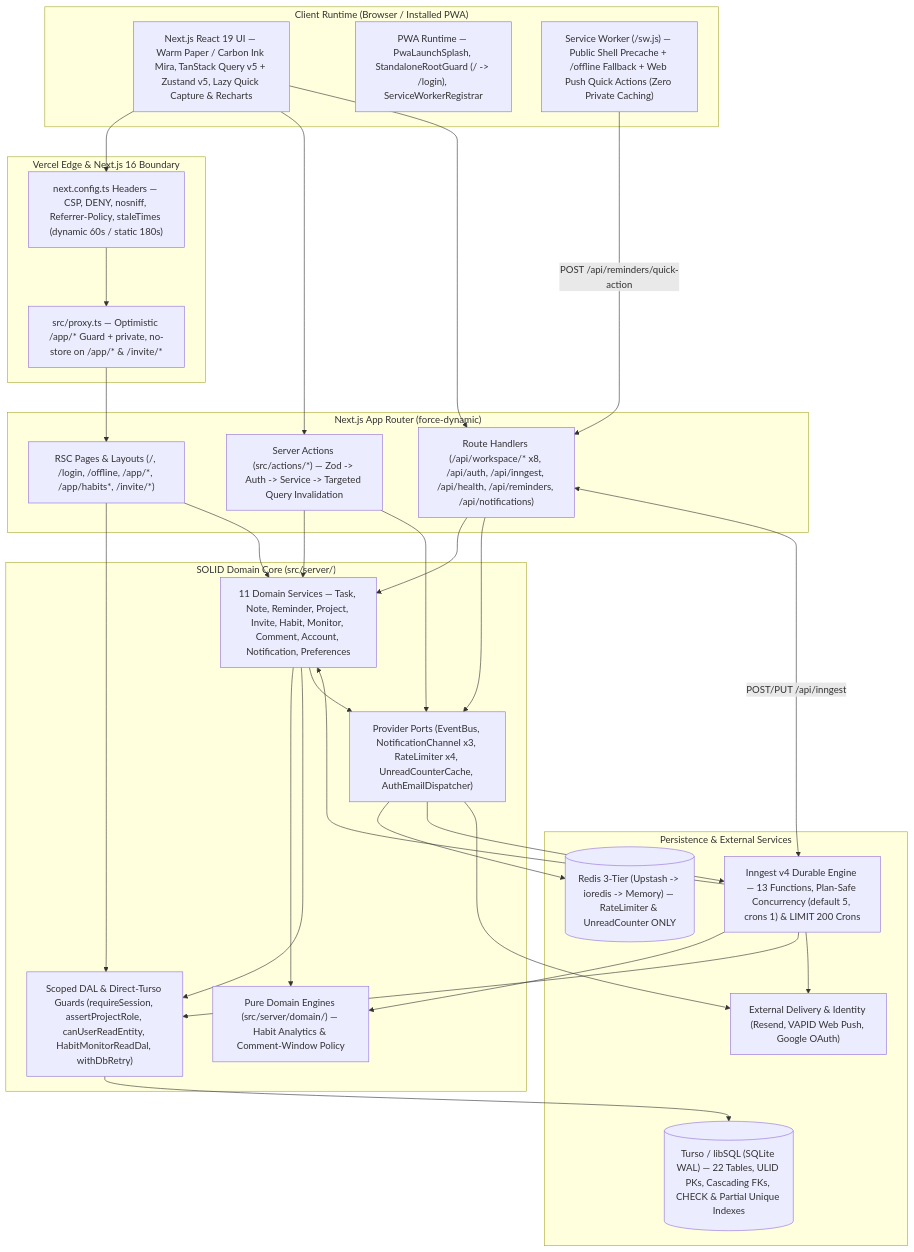
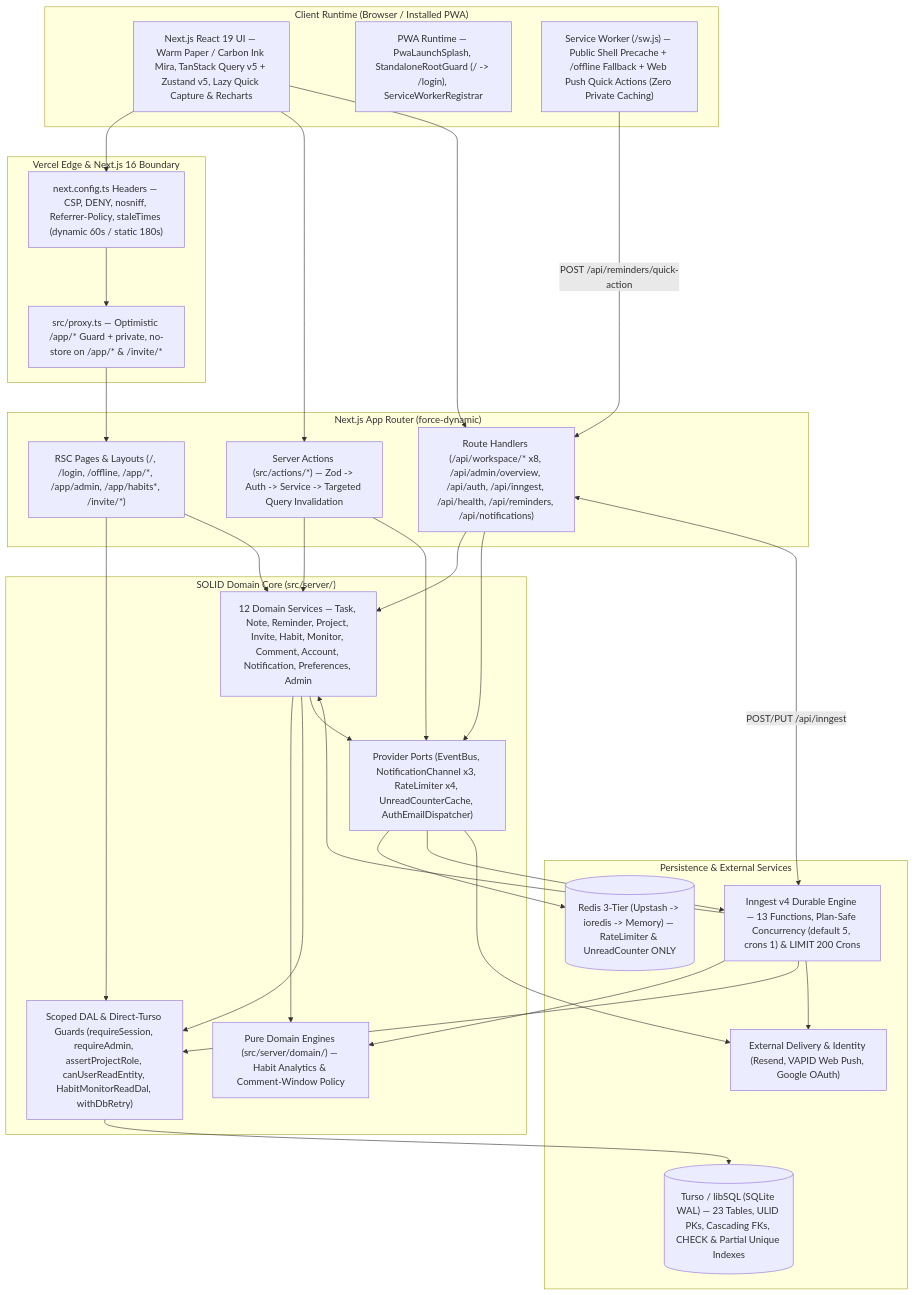
One commit to Marvin-MM/folio_tracker changed the first of 11 diagrams in docs/ARCHITECTURE.md. Above: the diagram before and after it, drawn with Mermaid. The commit also changed other lines of this file and 39 other files, not shown here.

Commit message:
feat(admin): add env-synced Admin Portal, health/KPIs/audits, and unified ActivityTimeline flows

````diff
--- a/docs/ARCHITECTURE.md
+++ b/docs/ARCHITECTURE.md
@@ -11,57 +11,57 @@
 ```mermaid
 flowchart TB
   subgraph Client["Client Runtime (Browser / Installed PWA)"]
     UI["Next.js React 19 UI — Warm Paper / Carbon Ink Mira, TanStack Query v5 + Zustand v5, Lazy Quick Capture & Recharts"]
     PWA["PWA Runtime — PwaLaunchSplash, StandaloneRootGuard (/ -> /login), ServiceWorkerRegistrar"]
     SW["Service Worker (/sw.js) — Public Shell Precache + /offline Fallback + Web Push Quick Actions (Zero Private Caching)"]
   end
 
   subgraph Edge["Vercel Edge & Next.js 16 Boundary"]
     HDR["next.config.ts Headers — CSP, DENY, nosniff, Referrer-Policy, staleTimes (dynamic 60s / static 180s)"]
     PRX["src/proxy.ts — Optimistic /app/* Guard + private, no-store on /app/* & /invite/*"]
   end
 
   subgraph App["Next.js App Router (force-dynamic)"]
-    RSC["RSC Pages & Layouts (/, /login, /offline, /app/*, /app/habits*, /invite/*)"]
+    RSC["RSC Pages & Layouts (/, /login, /offline, /app/*, /app/admin, /app/habits*, /invite/*)"]
     ACT["Server Actions (src/actions/*) — Zod -> Auth -> Service -> Targeted Query Invalidation"]
-    API["Route Handlers (/api/workspace/* x8, /api/auth, /api/inngest, /api/health, /api/reminders, /api/notifications)"]
+    API["Route Handlers (/api/workspace/* x8, /api/admin/overview, /api/auth, /api/inngest, /api/health, /api/reminders, /api/notifications)"]
   end
 
   subgraph Core["SOLID Domain Core (src/server/)"]
     DOM["Pure Domain Engines (src/server/domain/) — Habit Analytics & Comment-Window Policy"]
-    SVC["11 Domain Services — Task, Note, Reminder, Project, Invite, Habit, Monitor, Comment, Account, Notification, Preferences"]
-    DAL["Scoped DAL & Direct-Turso Guards (requireSession, assertProjectRole, canUserReadEntity, HabitMonitorReadDal, withDbRetry)"]
+    SVC["12 Domain Services — Task, Note, Reminder, Project, Invite, Habit, Monitor, Comment, Account, Notification, Preferences, Admin"]
+    DAL["Scoped DAL & Direct-Turso Guards (requireSession, requireAdmin, assertProjectRole, canUserReadEntity, HabitMonitorReadDal, withDbRetry)"]
     PRV["Provider Ports (EventBus, NotificationChannel x3, RateLimiter x4, UnreadCounterCache, AuthEmailDispatcher)"]
   end
 
   subgraph Infra["Persistence & External Services"]
-    DB[("Turso / libSQL (SQLite WAL) — 22 Tables, ULID PKs, Cascading FKs, CHECK & Partial Unique Indexes")]
+    DB[("Turso / libSQL (SQLite WAL) — 23 Tables, ULID PKs, Cascading FKs, CHECK & Partial Unique Indexes")]
     RDS[("Redis 3-Tier (Upstash -> ioredis -> Memory) — RateLimiter & UnreadCounter ONLY")]
     ING["Inngest v4 Durable Engine — 13 Functions, Plan-Safe Concurrency (default 5, crons 1) & LIMIT 200 Crons"]
     EXT["External Delivery & Identity (Resend, VAPID Web Push, Google OAuth)"]
   end
 
   UI --> HDR --> PRX --> RSC
   UI --> ACT
   UI --> API
   SW -->|"POST /api/reminders/quick-action"| API
 
   RSC --> DAL
   RSC --> SVC
   ACT --> SVC
   ACT --> PRV
   API --> SVC
   API --> PRV
   API <-->|"POST/PUT /api/inngest"| ING
 
   SVC --> DOM
   SVC --> DAL --> DB
   SVC --> PRV
   PRV --> RDS
   PRV --> ING
   PRV --> EXT
   ING --> DOM
   ING --> SVC
   ING --> DAL
   ING --> EXT
 ```
````
